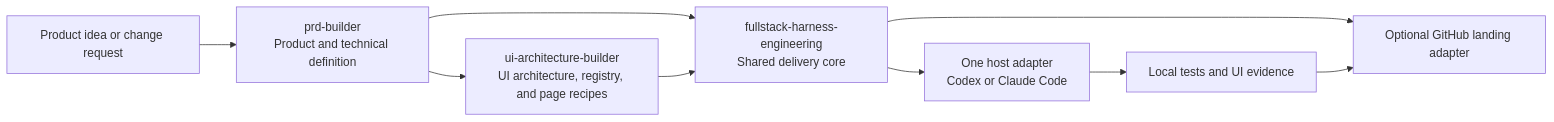
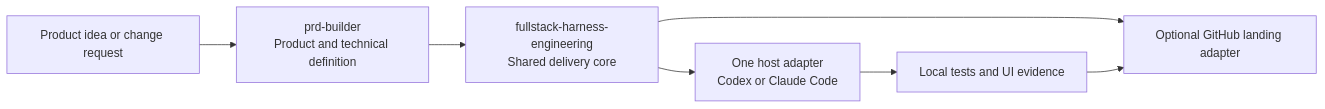
One commit to Phlegonlabs/product-delivery-harness changed the first of 2 diagrams in README.md. Above: the diagram before and after it, drawn with Mermaid. The commit also changed other lines of this file and 148 other files, not shown here.

First line of the commit message:
Fold the design system into prd-builder, close the correction loop, and make development the pushed branch (#40)

````diff
--- a/README.md
+++ b/README.md
@@ -67,11 +65,9 @@
 ```mermaid
 flowchart LR
   Idea["Product idea or change request"] --> PRD["prd-builder\nProduct and technical definition"]
-  PRD --> Design["ui-architecture-builder\nUI architecture, registry, and page recipes"]
   PRD --> Harness["fullstack-harness-engineering\nShared delivery core"]
-  Design --> Harness
   Harness --> Runtime["One host adapter\nCodex or Claude Code"]
   Harness --> Landing["Optional GitHub landing adapter"]
   Runtime --> Evidence["Local tests and UI evidence"]
   Evidence --> Landing
 ```
````
